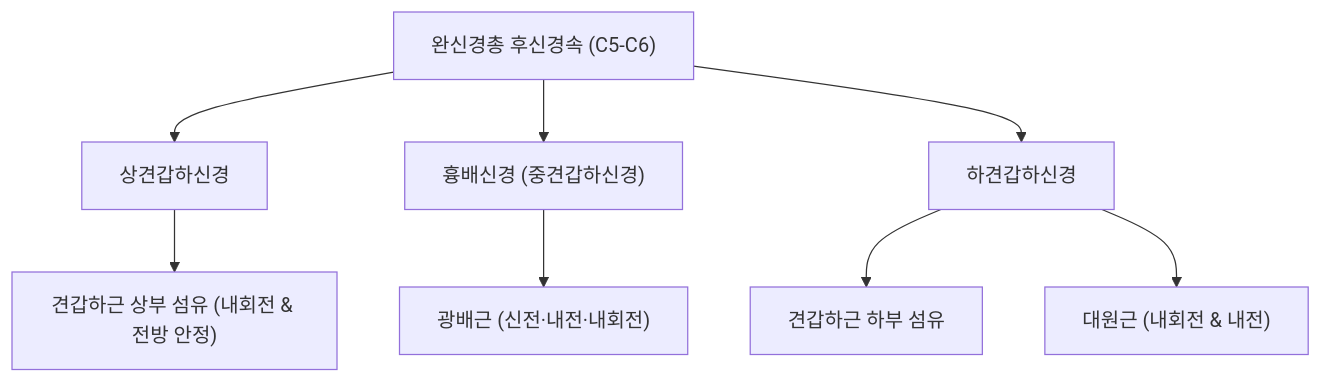
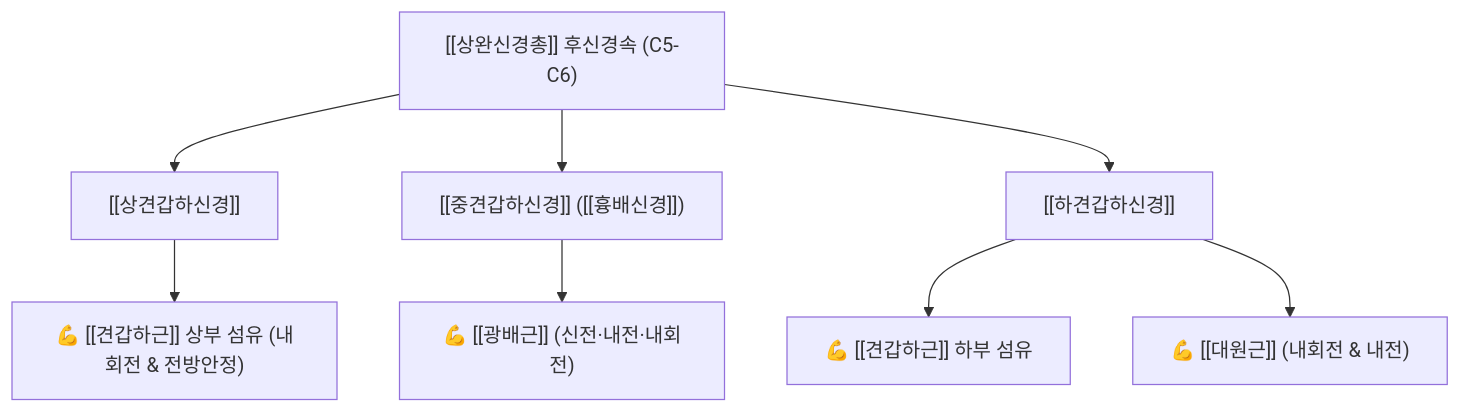
Before and after one commit to simbio11/simbio-digital-garden2: the diagram in content/1. 근골격계 공부/신경/04_상완신경총_상지/견갑하신경.md, drawn with Mermaid. The commit also changed other lines of this file and 73 other files, not shown here.

````diff
--- a/content/1. 근골격계 공부/신경/04_상완신경총_상지/견갑하신경.md
+++ b/content/1. 근골격계 공부/신경/04_상완신경총_상지/견갑하신경.md
@@ -42,10 +44,10 @@
 ```mermaid
 graph TD
-    PosteriorCord["완신경총 후신경속 (C5-C6)"] --> UpperSub["상견갑하신경"]
-    PosteriorCord --> Thoracodorsal["흉배신경 (중견갑하신경)"]
-    PosteriorCord --> LowerSub["하견갑하신경"]
-    UpperSub --> SubscapUpper["견갑하근 상부 섬유 (내회전 & 전방 안정)"]
-    Thoracodorsal --> LatDorsi["광배근 (신전·내전·내회전)"]
-    LowerSub --> SubscapLower["견갑하근 하부 섬유"]
-    LowerSub --> TeresMajor["대원근 (내회전 & 내전)"]
+    PosteriorCord["[[상완신경총]] 후신경속 (C5-C6)"] --> UpperSub["[[상견갑하신경]]"]
+    PosteriorCord --> Thoracodorsal["[[중견갑하신경]] ([[흉배신경]])"]
+    PosteriorCord --> LowerSub["[[하견갑하신경]]"]
+    UpperSub --> SubscapUpper["💪 [[견갑하근]] 상부 섬유 (내회전 & 전방안정)"]
+    Thoracodorsal --> LatDorsi["💪 [[광배근]] (신전·내전·내회전)"]
+    LowerSub --> SubscapLower["💪 [[견갑하근]] 하부 섬유"]
+    LowerSub --> TeresMajor["💪 [[대원근]] (내회전 & 내전)"]
 ```
````
